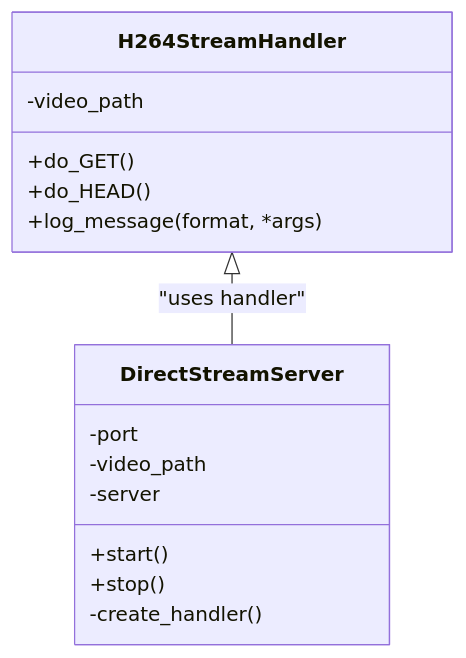
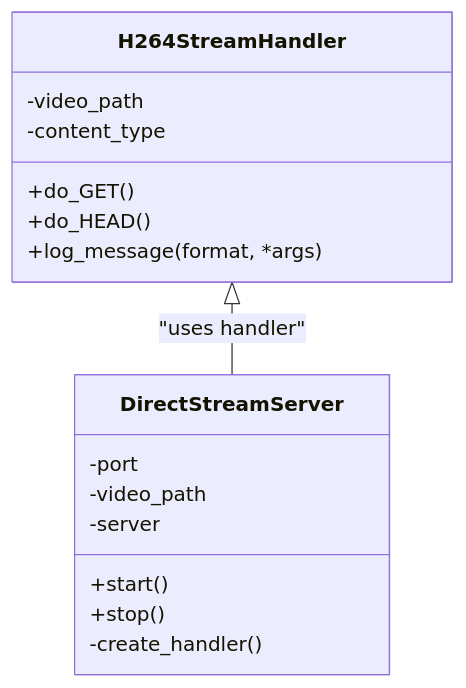
The third of 4 diagrams in .qoder/repowiki/en/content/Deployment Infrastructure/HTTP Streaming Server.md (Fogus-Gr/MeasurementsDTs), drawn with Mermaid before and after one commit. The commit also changed other lines of this file and 10 other files, not shown here.

````diff
--- a/.qoder/repowiki/en/content/Deployment Infrastructure/HTTP Streaming Server.md
+++ b/.qoder/repowiki/en/content/Deployment Infrastructure/HTTP Streaming Server.md
@@ -124,18 +170,19 @@
 ```mermaid
 classDiagram
 class H264StreamHandler {
 +do_GET()
 +do_HEAD()
 +log_message(format, *args)
 -video_path
+-content_type
 }
 class DirectStreamServer {
 +start()
 +stop()
 -create_handler()
 -port
 -video_path
 -server
 }
 H264StreamHandler <|-- DirectStreamServer : "uses handler"
 ```
````
